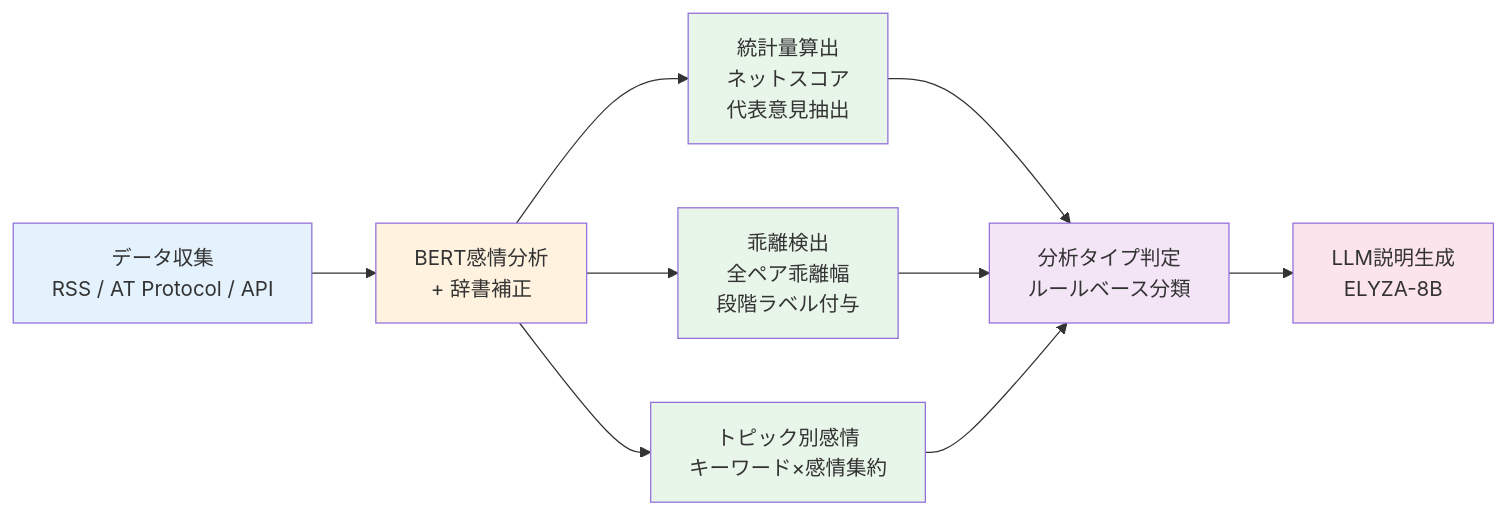
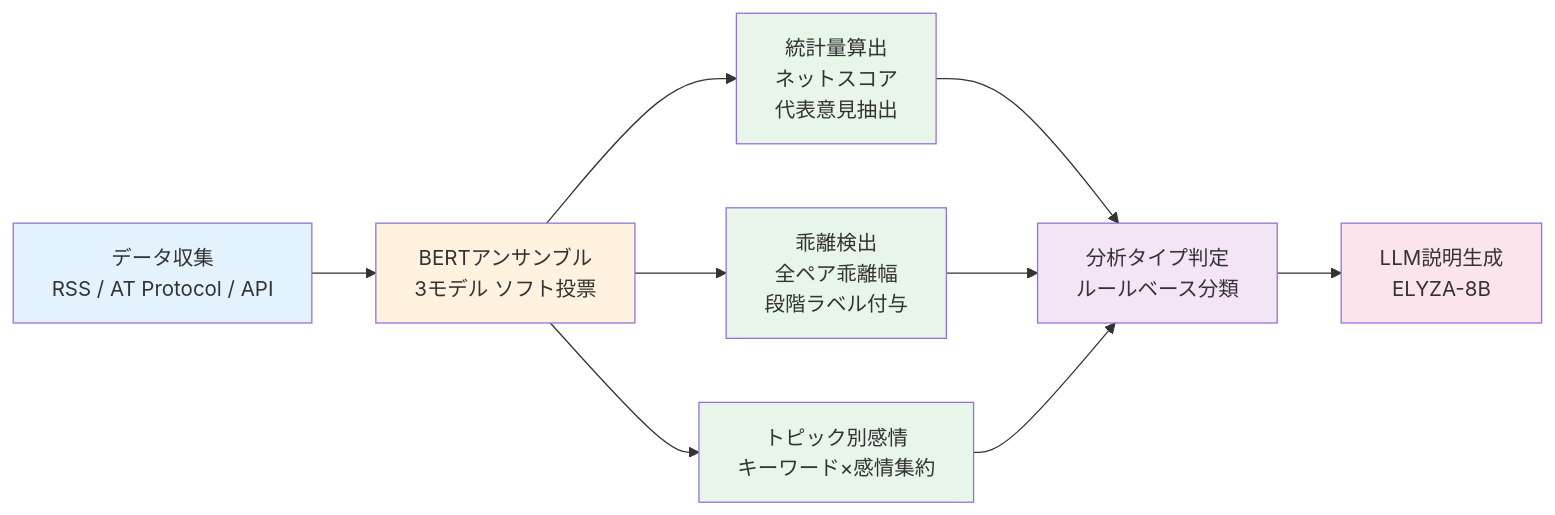
The first of 2 diagrams in README.md (yutnagase/trend-insight-ai), drawn with Mermaid before and after one commit. The commit also changed other lines of this file and 3 other files, not shown here.

````diff
--- a/README.md
+++ b/README.md
@@ -88,19 +89,19 @@
 ```mermaid
 flowchart LR
-    A[データ収集<br/>RSS / AT Protocol / API] --> B[BERT感情分析<br/>+ 辞書補正]
+    A[データ収集<br/>RSS / AT Protocol / API] --> B[BERTアンサンブル<br/>3モデル ソフト投票]
     B --> C[統計量算出<br/>ネットスコア<br/>代表意見抽出]
     B --> D[乖離検出<br/>全ペア乖離幅<br/>段階ラベル付与]
     B --> F[トピック別感情<br/>キーワード×感情集約]
     C --> G[分析タイプ判定<br/>ルールベース分類]
     D --> G
     F --> G
     G --> E[LLM説明生成<br/>ELYZA-8B]
 
     style A fill:#e3f2fd
     style B fill:#fff3e0
     style C fill:#e8f5e9
     style D fill:#e8f5e9
     style F fill:#e8f5e9
     style G fill:#f3e5f5
     style E fill:#fce4ec
 ```
````
